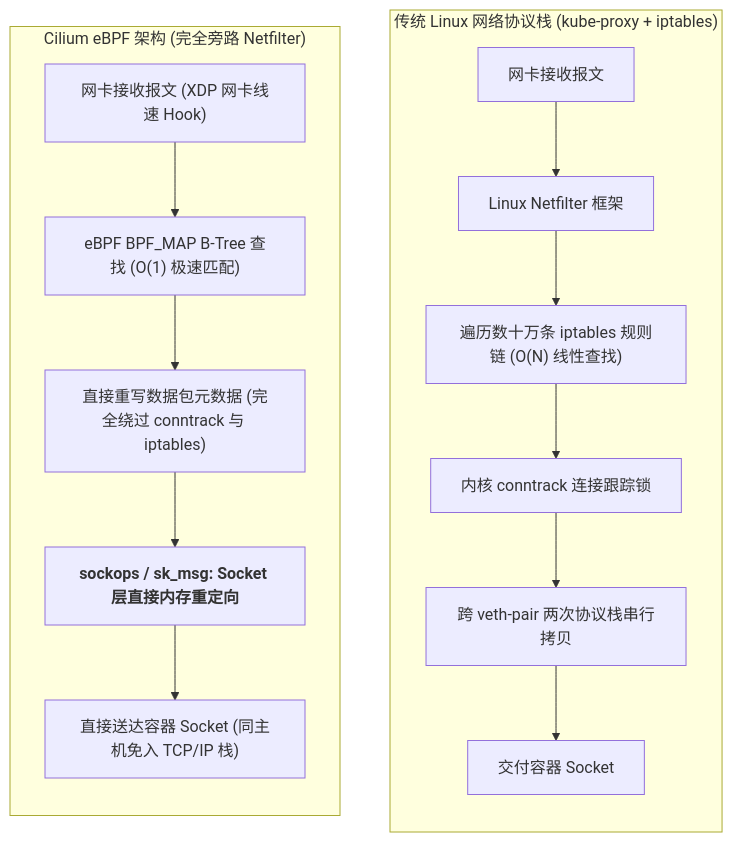
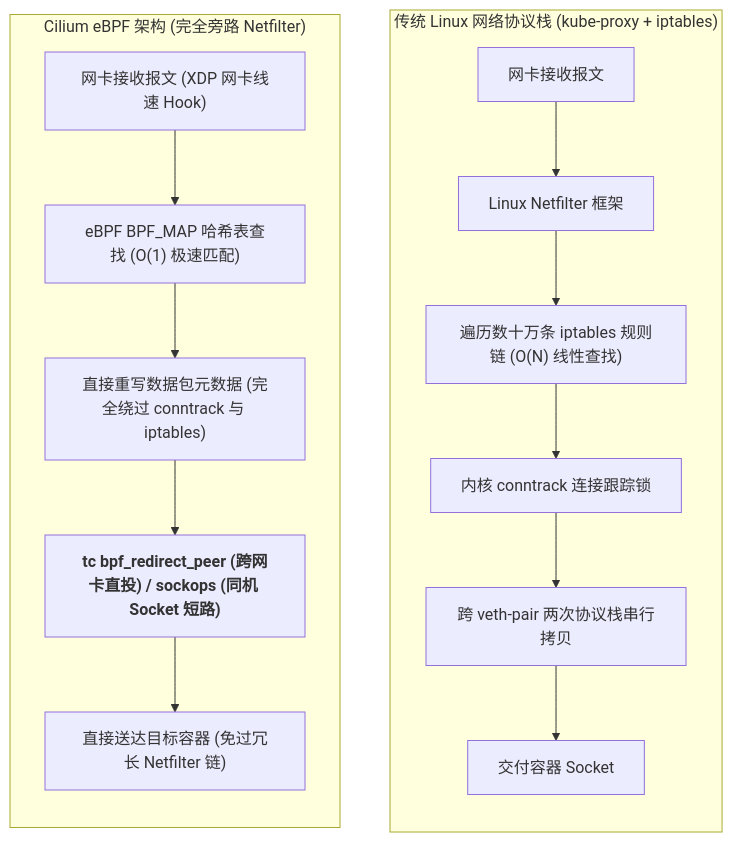
Before and after one commit to ifnodoraemon/ifnodoraemon.github.io: the third of 4 diagrams in content/zh/articles/k8s-networking-cni-cilium-ebpf-gateway-api.md, drawn with Mermaid. The commit also changed other lines of this file and 171 other files, not shown here.

````diff
--- a/content/zh/articles/k8s-networking-cni-cilium-ebpf-gateway-api.md
+++ b/content/zh/articles/k8s-networking-cni-cilium-ebpf-gateway-api.md
@@ -151,19 +151,19 @@
 ```mermaid
 flowchart TD
     subgraph TraditionalLinux["传统 Linux 网络协议栈 (kube-proxy + iptables)"]
         direction TB
         T1["网卡接收报文"] --> T2["Linux Netfilter 框架"]
         T2 --> T3["遍历数十万条 iptables 规则链 (O(N) 线性查找)"]
         T3 --> T4["内核 conntrack 连接跟踪锁"]
         T4 --> T5["跨 veth-pair 两次协议栈串行拷贝"]
         T5 --> T6["交付容器 Socket"]
     end
 
     subgraph CiliumeBPF["Cilium eBPF 架构 (完全旁路 Netfilter)"]
         direction TB
-        E1["网卡接收报文 (XDP 网卡线速 Hook)"] --> E2["eBPF BPF_MAP B-Tree 查找 (O(1) 极速匹配)"]
+        E1["网卡接收报文 (XDP 网卡线速 Hook)"] --> E2["eBPF BPF_MAP 哈希表查找 (O(1) 极速匹配)"]
         E2 --> E3["直接重写数据包元数据 (完全绕过 conntrack 与 iptables)"]
-        E3 --> E4["<b>sockops / sk_msg: Socket 层直接内存重定向</b>"]
-        E4 --> E5["直接送达容器 Socket (同主机免入 TCP/IP 栈)"]
+        E3 --> E4["<b>tc bpf_redirect_peer (跨网卡直投) / sockops (同机 Socket 短路)</b>"]
+        E4 --> E5["直接送达目标容器 (免过冗长 Netfilter 链)"]
     end
 ```
````
